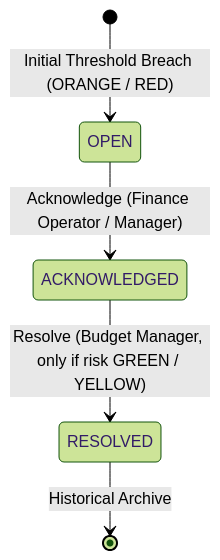
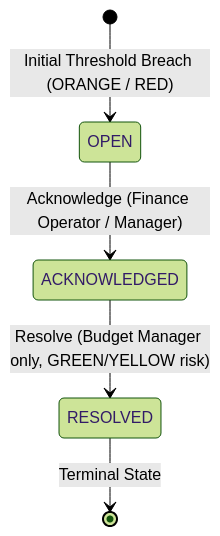
Before and after one commit to abzops/sns-projects: the diagram in Documentation/06_Implementation_Packages/Package_06_Finance_Frontend/P6-05A_Finance_Alert_Center_Frontend.md, drawn with Mermaid (forest theme). The commit also changed other lines of this file and 4 other files, not shown here.

````diff
--- a/Documentation/06_Implementation_Packages/Package_06_Finance_Frontend/P6-05A_Finance_Alert_Center_Frontend.md
+++ b/Documentation/06_Implementation_Packages/Package_06_Finance_Frontend/P6-05A_Finance_Alert_Center_Frontend.md
@@ -57,7 +58,7 @@
 ```mermaid
 stateDiagram-v2
     [*] --> OPEN: Initial Threshold Breach (ORANGE / RED)
     OPEN --> ACKNOWLEDGED: Acknowledge (Finance Operator / Manager)
-    ACKNOWLEDGED --> RESOLVED: Resolve (Budget Manager, only if risk GREEN / YELLOW)
-    RESOLVED --> [*]: Historical Archive
+    ACKNOWLEDGED --> RESOLVED: Resolve (Budget Manager only, GREEN/YELLOW risk)
+    RESOLVED --> [*]: Terminal State
 ```
````
